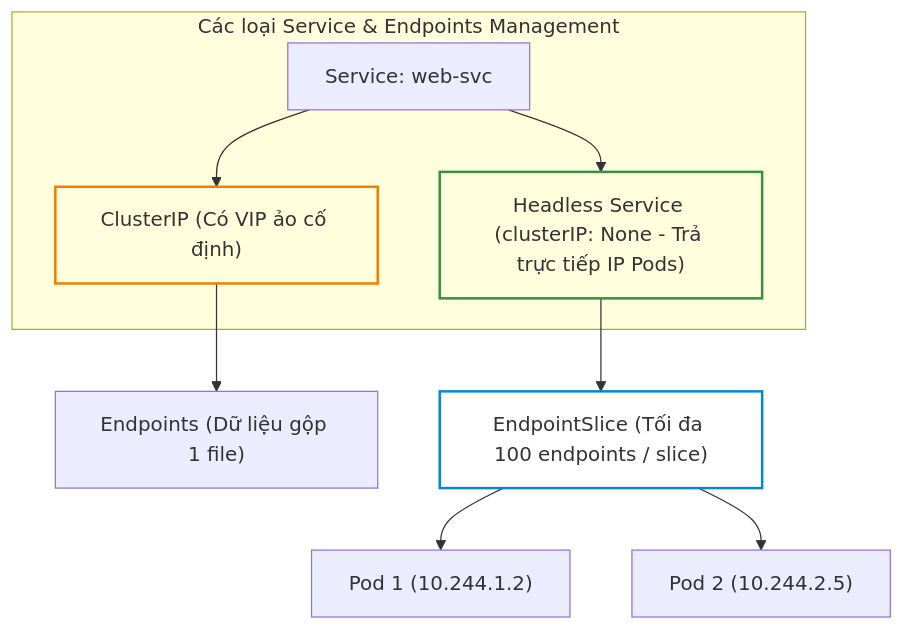
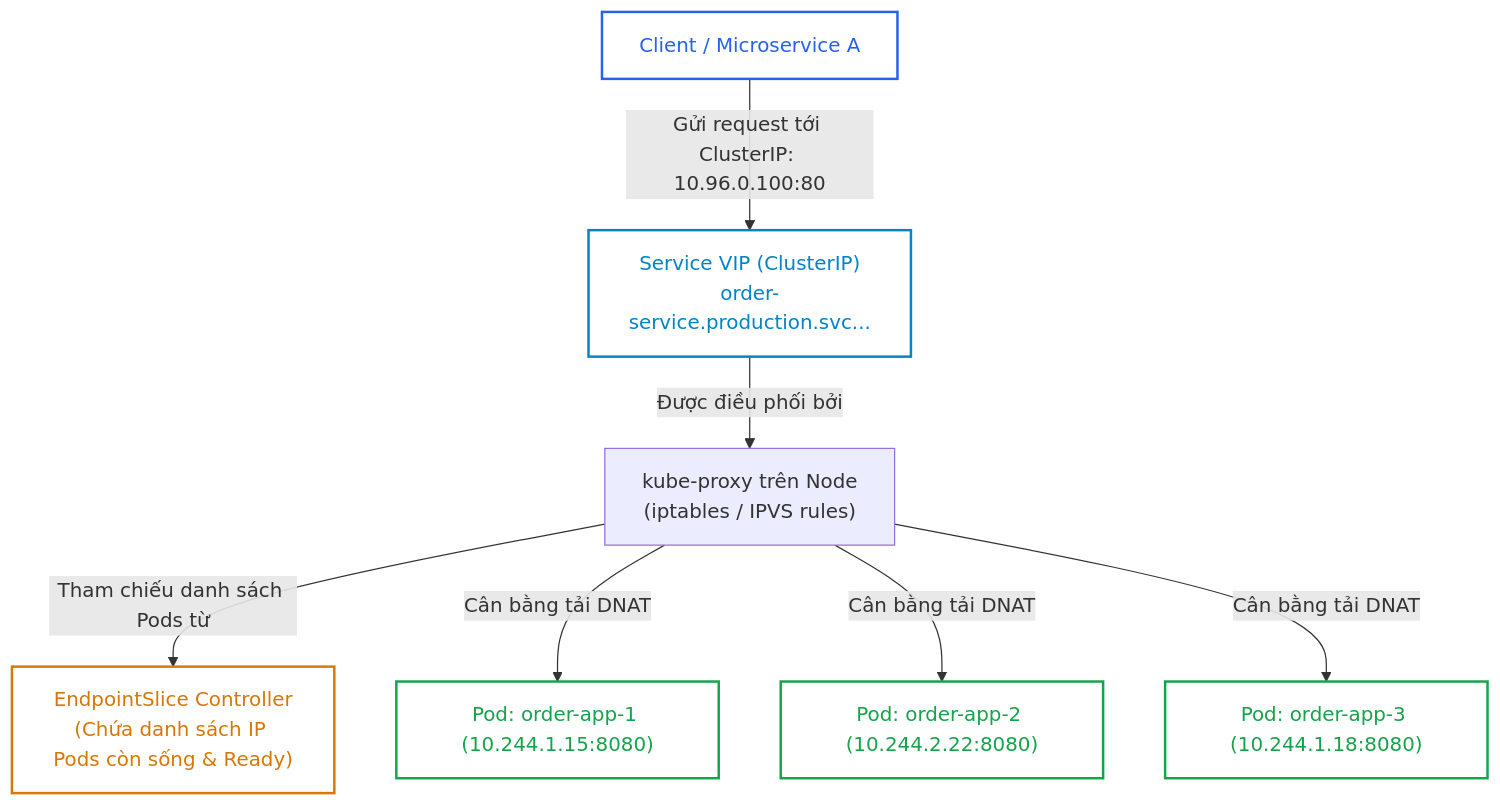
Before and after one commit to kiennt308/ntk: the first of 3 diagrams in _posts/2026-09-12-cka-22-22-service-va-kube-proxy.md, drawn with Mermaid. The commit also changed other lines of this file and 39 other files, not shown here.

````diff
--- a/_posts/2026-09-12-cka-22-22-service-va-kube-proxy.md
+++ b/_posts/2026-09-12-cka-22-22-service-va-kube-proxy.md
@@ -173,17 +49,17 @@
 ```mermaid
-graph TD
-    subgraph Service_Types ["Các loại Service & Endpoints Management"]
-        SVC["Service: web-svc"] --> CLUSTER_IP["ClusterIP (Có VIP ảo cố định)"]
-        SVC --> HEADLESS["Headless Service (clusterIP: None - Trả trực tiếp IP Pods)"]
-    end
+flowchart TD
+    classDef client fill:none,stroke:#2563eb,stroke-width:2px,color:#2563eb;
+    classDef svc fill:none,stroke:#0284c7,stroke-width:2px,color:#0284c7;
+    classDef eps fill:none,stroke:#d97706,stroke-width:2px,color:#d97706;
+    classDef pod fill:none,stroke:#16a34a,stroke-width:2px,color:#16a34a;
 
-    CLUSTER_IP --> EPS_TRAD["Endpoints (Dữ liệu gộp 1 file)"]
-    HEADLESS --> EPS_SLICE["EndpointSlice (Tối đa 100 endpoints / slice)"]
-
-    EPS_SLICE --> POD1["Pod 1 (10.244.1.2)"]
-    EPS_SLICE --> POD2["Pod 2 (10.244.2.5)"]
-
-    style CLUSTER_IP fill:none,stroke:#f57c00,stroke-width:2px
-    style HEADLESS fill:none,stroke:#388e3c,stroke-width:2px
-    style EPS_SLICE fill:none,stroke:#0288d1,stroke-width:2px
+    Client["Client / Microservice A"]:::client -->|Gửi request tới ClusterIP: 10.96.0.100:80| SvcVIP["Service VIP (ClusterIP)<br>order-service.production.svc..."]:::svc
+    
+    SvcVIP -->|Được điều phối bởi| KubeProxy["kube-proxy trên Node<br>(iptables / IPVS rules)"]
+    
+    KubeProxy -->|Tham chiếu danh sách Pods từ| EPS["EndpointSlice Controller<br>(Chứa danh sách IP Pods còn sống & Ready)"]:::eps
+    
+    KubeProxy -->|Cân bằng tải DNAT| Pod1["Pod: order-app-1 (10.244.1.15:8080)"]:::pod
+    KubeProxy -->|Cân bằng tải DNAT| Pod2["Pod: order-app-2 (10.244.2.22:8080)"]:::pod
+    KubeProxy -->|Cân bằng tải DNAT| Pod3["Pod: order-app-3 (10.244.1.18:8080)"]:::pod
 ```
````
